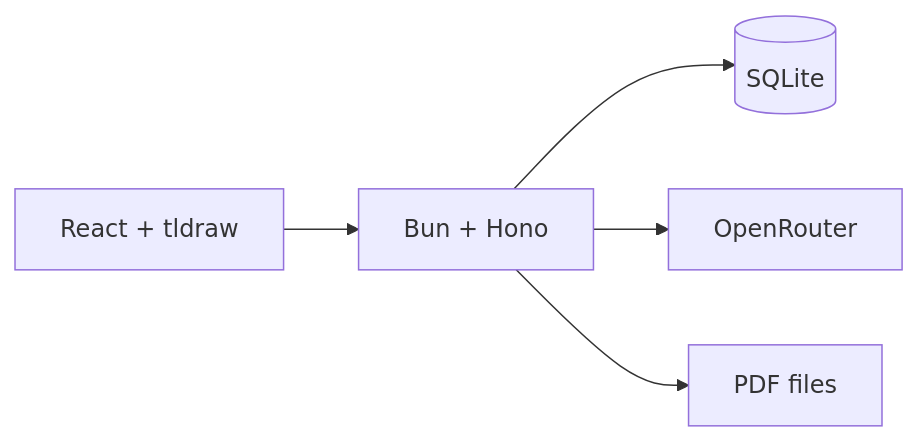
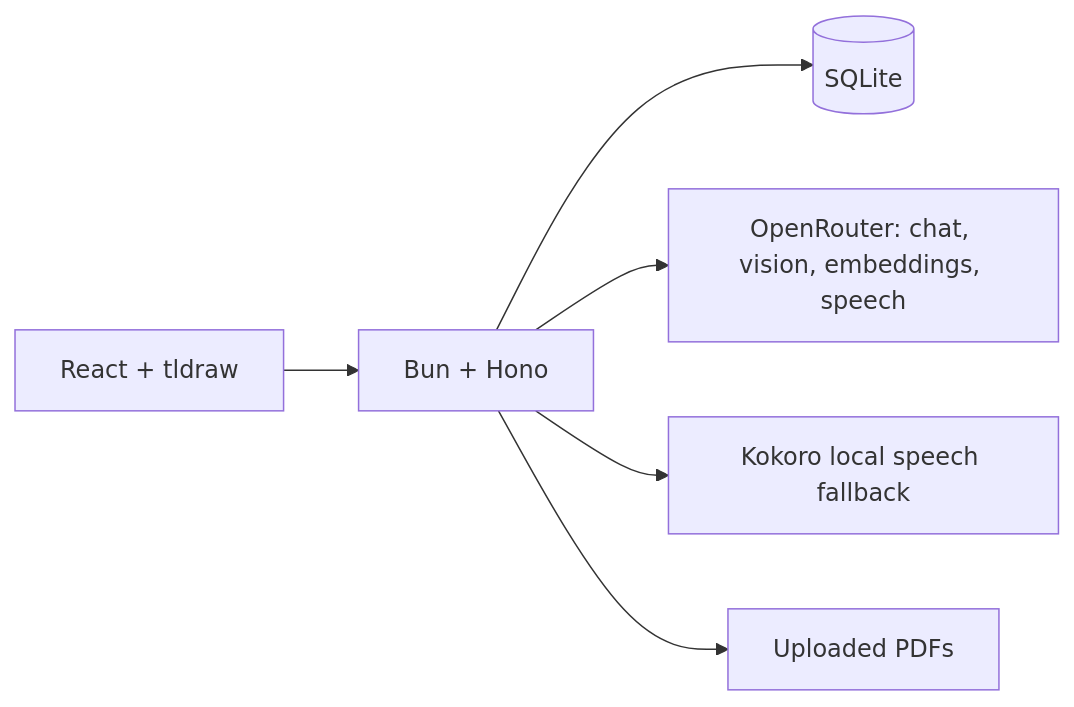
Before and after one commit to Mikeyzgoat/ScholarLM: the diagram in README.md, drawn with Mermaid. The commit also changed other lines of this file, not shown here.

````diff
--- a/README.md
+++ b/README.md
@@ -36,7 +39,8 @@
 ```mermaid
 flowchart LR
     Browser[React + tldraw] --> API[Bun + Hono]
     API --> DB[(SQLite)]
-    API --> AI[OpenRouter]
-    API --> Files[PDF files]
+    API --> AI[OpenRouter: chat, vision, embeddings, speech]
+    API --> TTS[Kokoro local speech fallback]
+    API --> Files[Uploaded PDFs]
 ```
````
